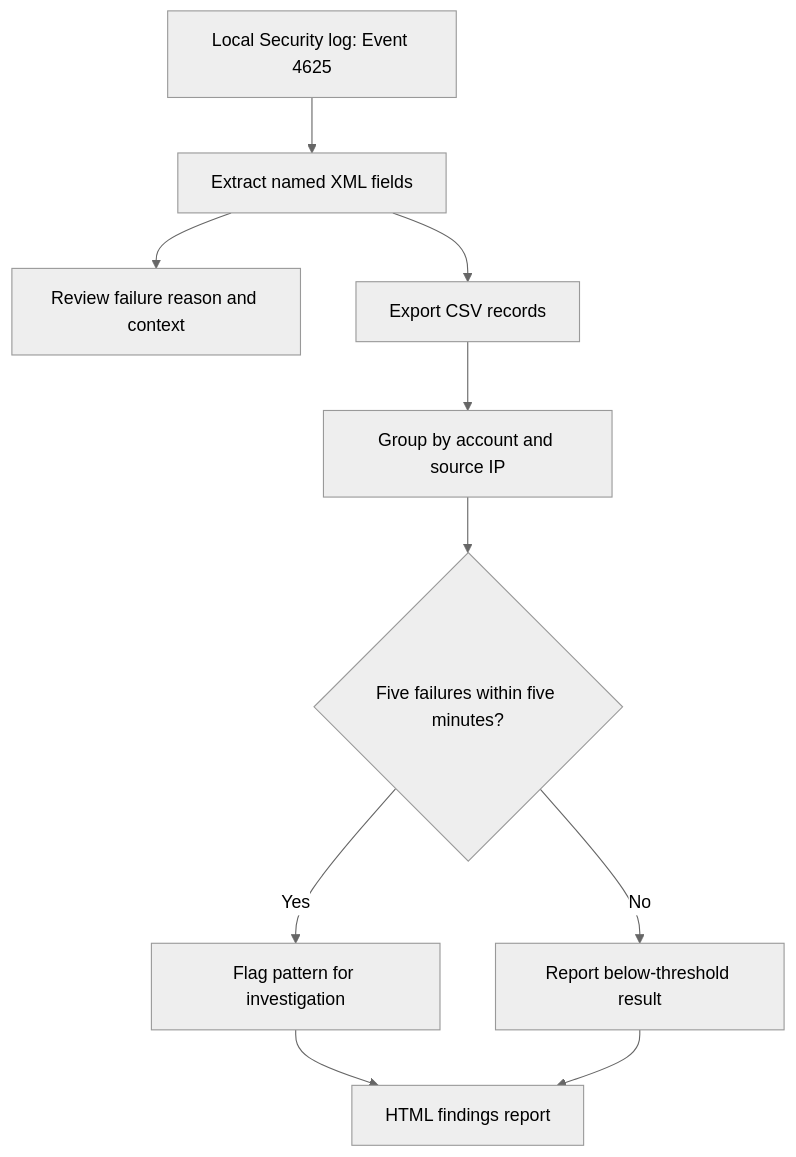
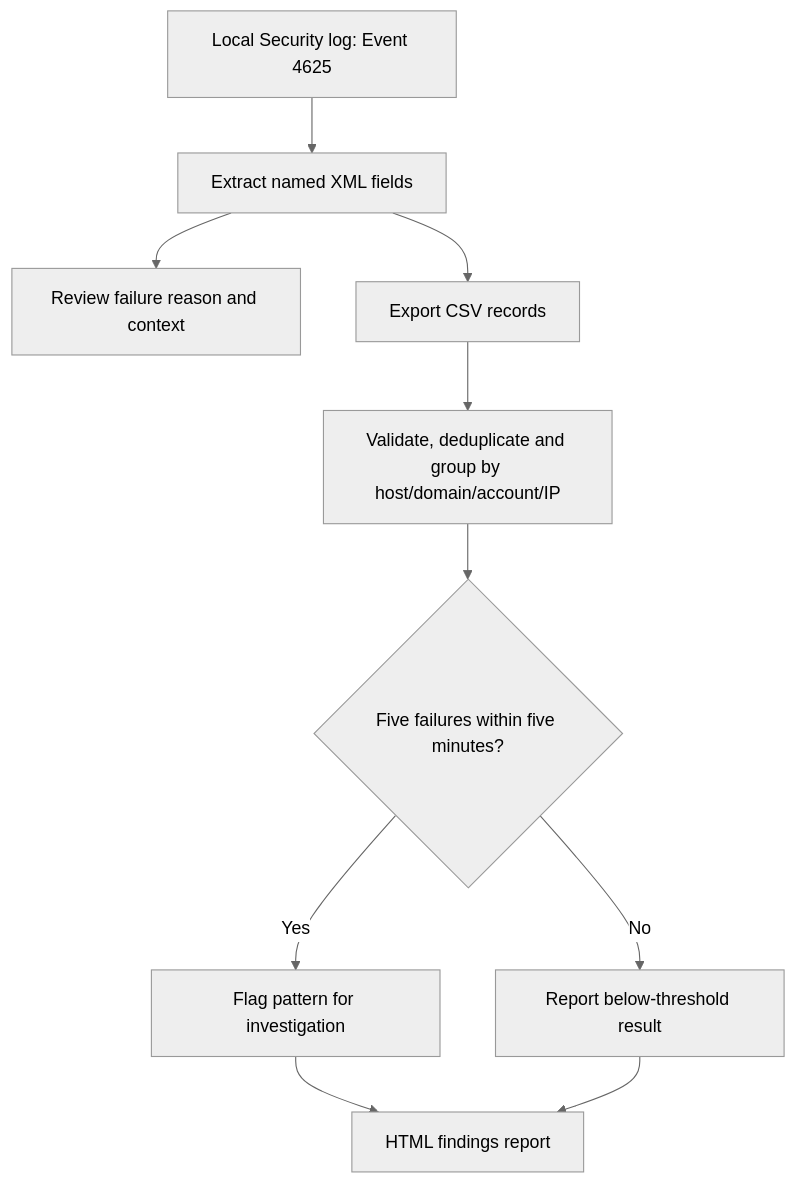
The first of 2 diagrams in README.md (Banoth281/soc-login-lab), drawn with Mermaid (neutral theme) before and after one commit. The commit also changed other lines of this file, not shown here.

````diff
--- a/README.md
+++ b/README.md
@@ -39,12 +39,12 @@
 ```mermaid
 flowchart TD
     A["Local Security log: Event 4625"] --> B["Extract named XML fields"]
     B --> C["Review failure reason and context"]
     B --> D["Export CSV records"]
-    D --> E["Group by account and source IP"]
+    D --> E["Validate, deduplicate and group by host/domain/account/IP"]
     E --> F{"Five failures within five minutes?"}
     F -->|Yes| G["Flag pattern for investigation"]
     F -->|No| H["Report below-threshold result"]
     G --> I["HTML findings report"]
     H --> I
 ```
````
